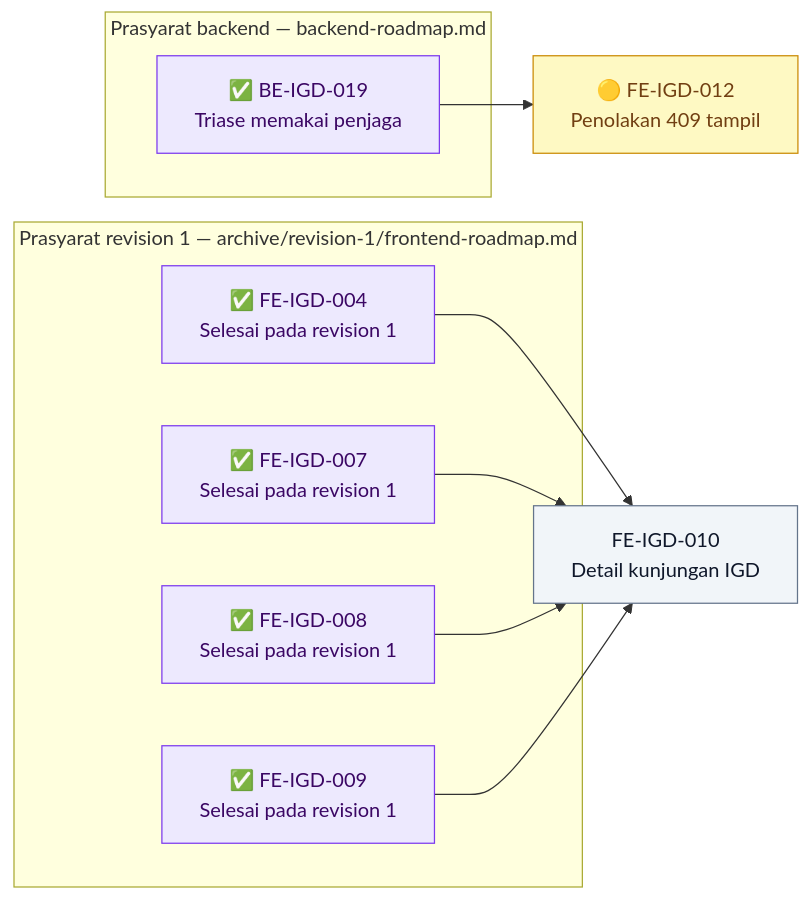
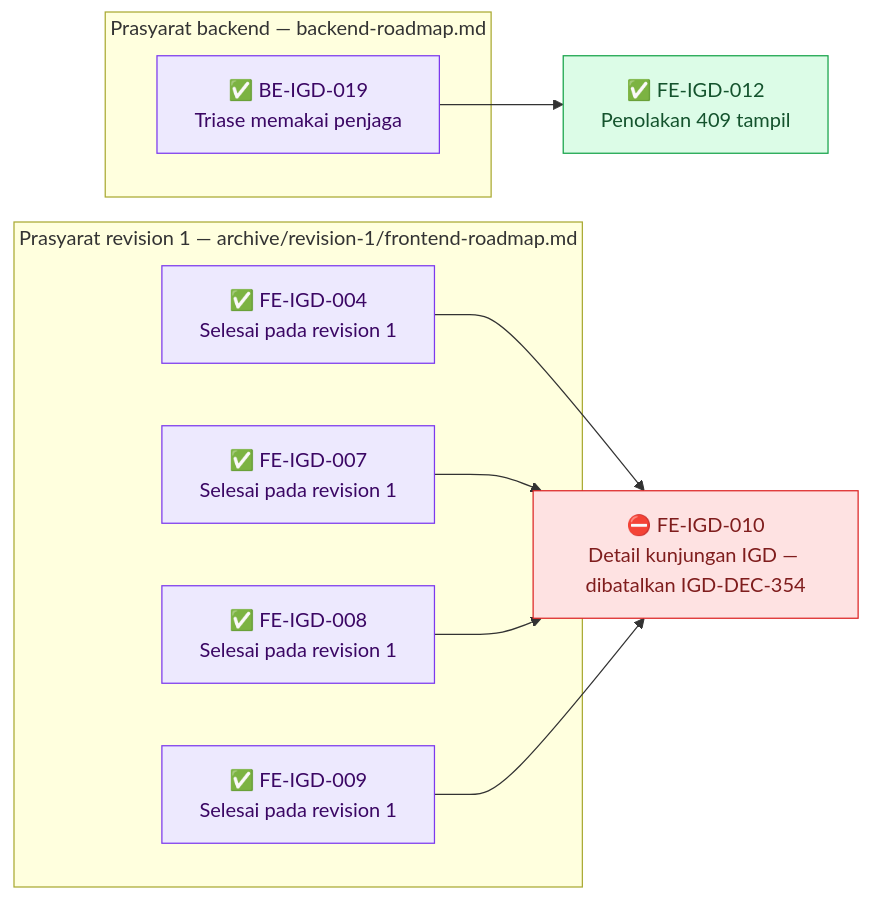
The third of 19 diagrams in docs/module-blueprints/igd/roadmap/frontend-roadmap.md (DevBenari/NewQuilvianSystemBackend), drawn with Mermaid before and after one commit. The commit also changed other lines of this file and 12 other files, not shown here.

````diff
--- a/docs/module-blueprints/igd/roadmap/frontend-roadmap.md
+++ b/docs/module-blueprints/igd/roadmap/frontend-roadmap.md
@@ -277,28 +277,28 @@
 ```mermaid
 flowchart LR
     classDef selesai fill:#DCFCE7,stroke:#16A34A,color:#14532D
     classDef sebagian fill:#FEF9C3,stroke:#CA8A04,color:#713F12
     classDef terblokir fill:#FEE2E2,stroke:#DC2626,color:#7F1D1D
     classDef belum fill:#F1F5F9,stroke:#64748B,color:#0F172A
     classDef luar fill:#EDE9FE,stroke:#7C3AED,color:#3B0764
 
     subgraph backend["Prasyarat backend — backend-roadmap.md"]
         BEIGD019["✅ BE-IGD-019<br/>Triase memakai penjaga"]:::luar
     end
 
     subgraph rev1["Prasyarat revision 1 — archive/revision-1/frontend-roadmap.md"]
         FEIGD004["✅ FE-IGD-004<br/>Selesai pada revision 1"]:::luar
         FEIGD007["✅ FE-IGD-007<br/>Selesai pada revision 1"]:::luar
         FEIGD008["✅ FE-IGD-008<br/>Selesai pada revision 1"]:::luar
         FEIGD009["✅ FE-IGD-009<br/>Selesai pada revision 1"]:::luar
     end
 
-    FEIGD012["🟡 FE-IGD-012<br/>Penolakan 409 tampil"]:::sebagian
-    FEIGD010["FE-IGD-010<br/>Detail kunjungan IGD"]:::belum
+    FEIGD012["✅ FE-IGD-012<br/>Penolakan 409 tampil"]:::selesai
+    FEIGD010["⛔ FE-IGD-010<br/>Detail kunjungan IGD — dibatalkan IGD-DEC-354"]:::terblokir
 
     BEIGD019 --> FEIGD012
     FEIGD004 --> FEIGD010
     FEIGD007 --> FEIGD010
     FEIGD008 --> FEIGD010
     FEIGD009 --> FEIGD010
 ```
````
